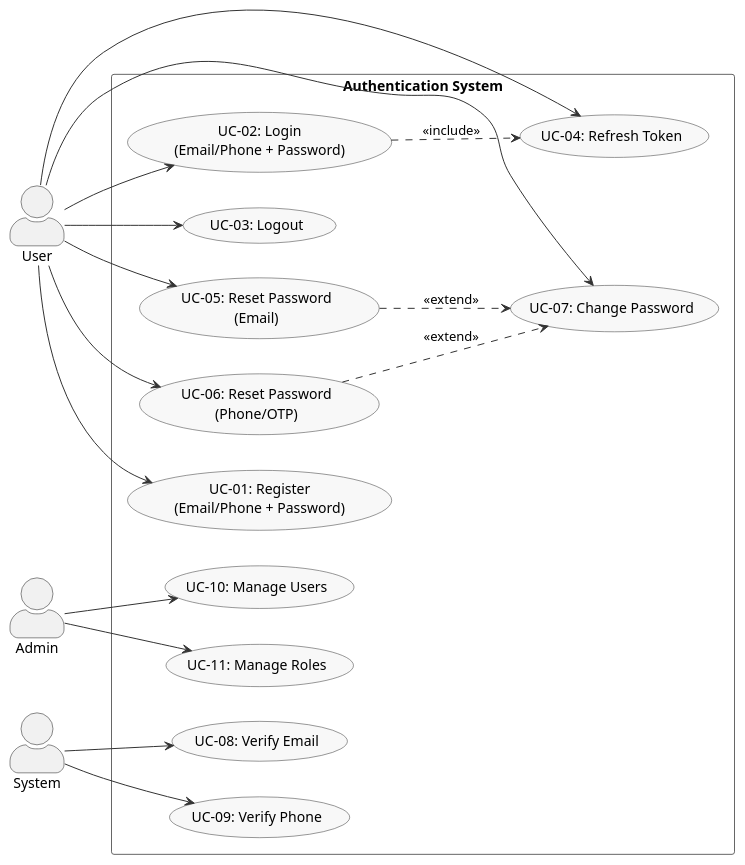
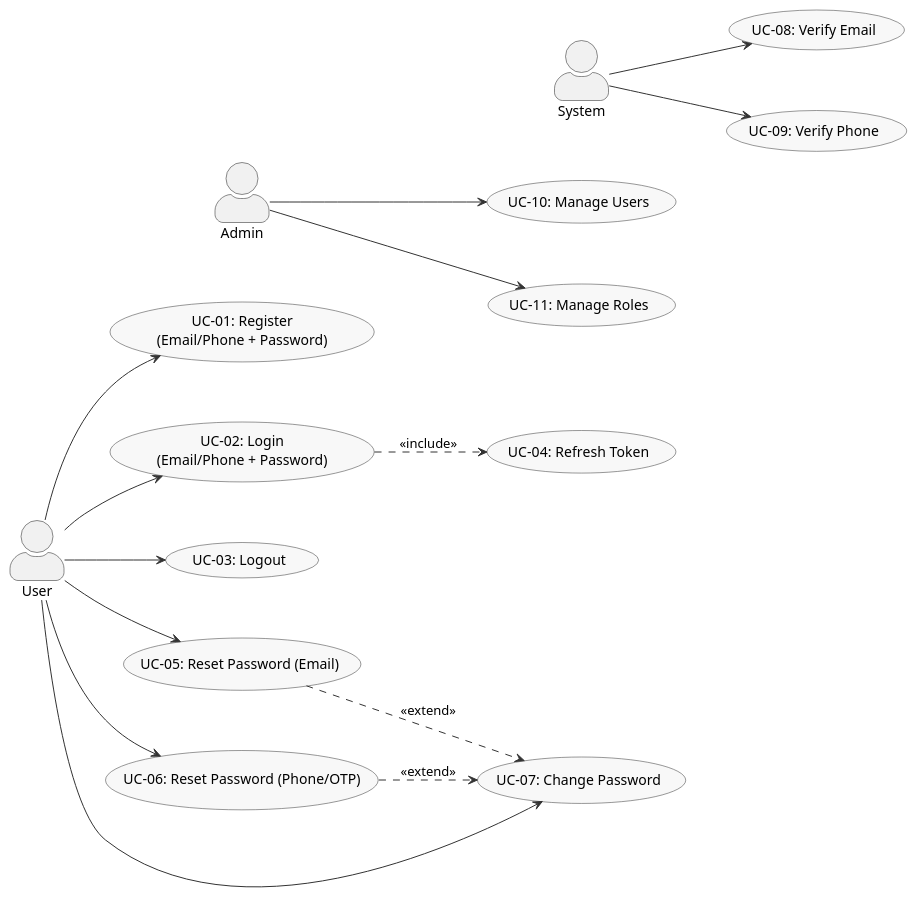
The diagram in modules/auth/diagrams/usecase/usecase-diagram.puml (namnh240795/document), drawn with PlantUML before and after one commit. The commit also changed 45 other files, not shown here.

```diff
--- a/modules/auth/diagrams/usecase/usecase-diagram.puml
+++ b/modules/auth/diagrams/usecase/usecase-diagram.puml
@@ -1,61 +1,63 @@
 @startuml
 ' ============================================================
 ' Use Case Diagram - Authentication System
 ' NestJS + Better Auth + PostgreSQL + Drizzle ORM
 ' ============================================================
 
 left to right direction
 skinparam packageStyle rectangle
 skinparam actorStyle awesome
 skinparam usecase {
   BackgroundColor #F8F8F8
   BorderColor #333333
   ArrowColor #333333
 }
-skinparam package {
-  BackgroundColor #FFFFFF
-  BorderColor #666666
-}
+
+' --- Spacing ---
+skinparam nodesep 60
+skinparam ranksep 40
 
 ' --- Actors ---
 actor "User" as user
 actor "Admin" as admin
 actor "System" as system
 
-' --- System Boundary ---
-rectangle "Authentication System" {
-  ' --- Use Cases ---
-  usecase "UC-01: Register\n(Email/Phone + Password)" as UC01
-  usecase "UC-02: Login\n(Email/Phone + Password)" as UC02
-  usecase "UC-03: Logout" as UC03
-  usecase "UC-04: Refresh Token" as UC04
-  usecase "UC-05: Reset Password\n(Email)" as UC05
-  usecase "UC-06: Reset Password\n(Phone/OTP)" as UC06
-  usecase "UC-07: Change Password" as UC07
-  usecase "UC-08: Verify Email" as UC08
-  usecase "UC-09: Verify Phone" as UC09
-  usecase "UC-10: Manage Users" as UC10
-  usecase "UC-11: Manage Roles" as UC11
-}
+' --- Force actor order ---
+user -[hidden]down- admin
+admin -[hidden]down- system
 
-' --- Relationships ---
+' --- Use Cases ---
+usecase "UC-01: Register\n(Email/Phone + Password)" as UC01
+usecase "UC-02: Login\n(Email/Phone + Password)" as UC02
+usecase "UC-03: Logout" as UC03
+usecase "UC-04: Refresh Token" as UC04
+usecase "UC-05: Reset Password (Email)" as UC05
+usecase "UC-06: Reset Password (Phone/OTP)" as UC06
+usecase "UC-07: Change Password" as UC07
+usecase "UC-08: Verify Email" as UC08
+usecase "UC-09: Verify Phone" as UC09
+usecase "UC-10: Manage Users" as UC10
+usecase "UC-11: Manage Roles" as UC11
+
+' --- User Relationships ---
 user --> UC01
 user --> UC02
 user --> UC03
-user --> UC04
 user --> UC05
 user --> UC06
 user --> UC07
 
+' --- Admin Relationships ---
 admin --> UC10
 admin --> UC11
 
+' --- System Relationships ---
 system --> UC08
 system --> UC09
 
 ' --- Include/Extend ---
 UC02 ..> UC04 : <<include>>
 UC05 ..> UC07 : <<extend>>
 UC06 ..> UC07 : <<extend>>
 
 @enduml
```
